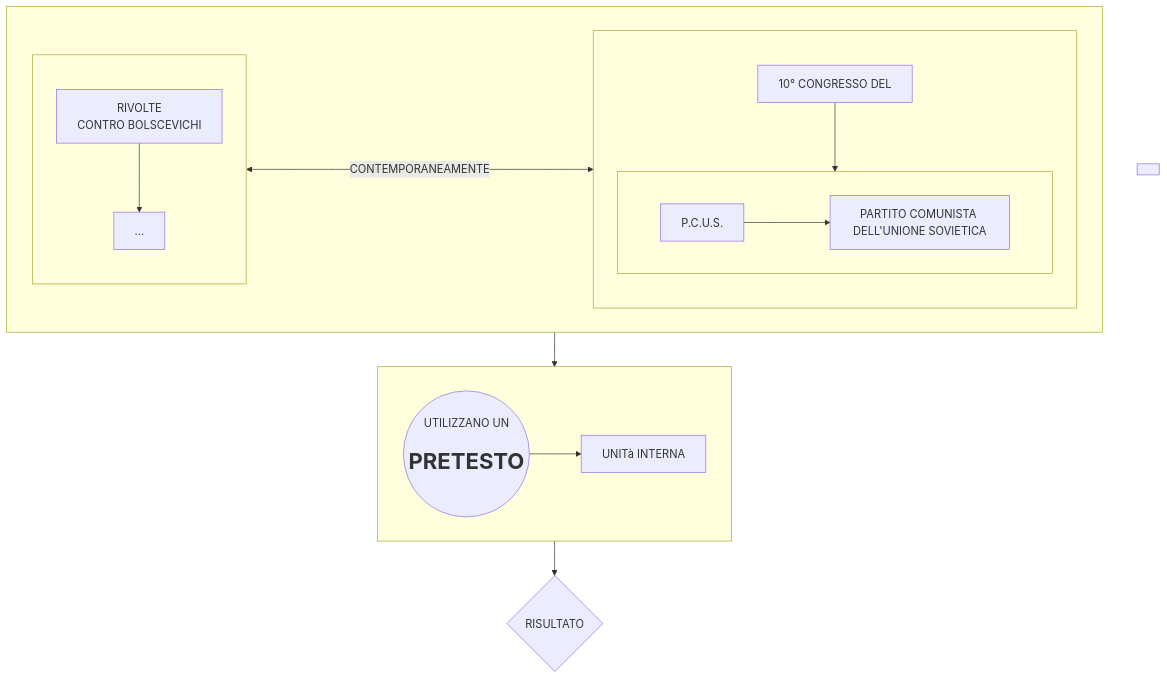
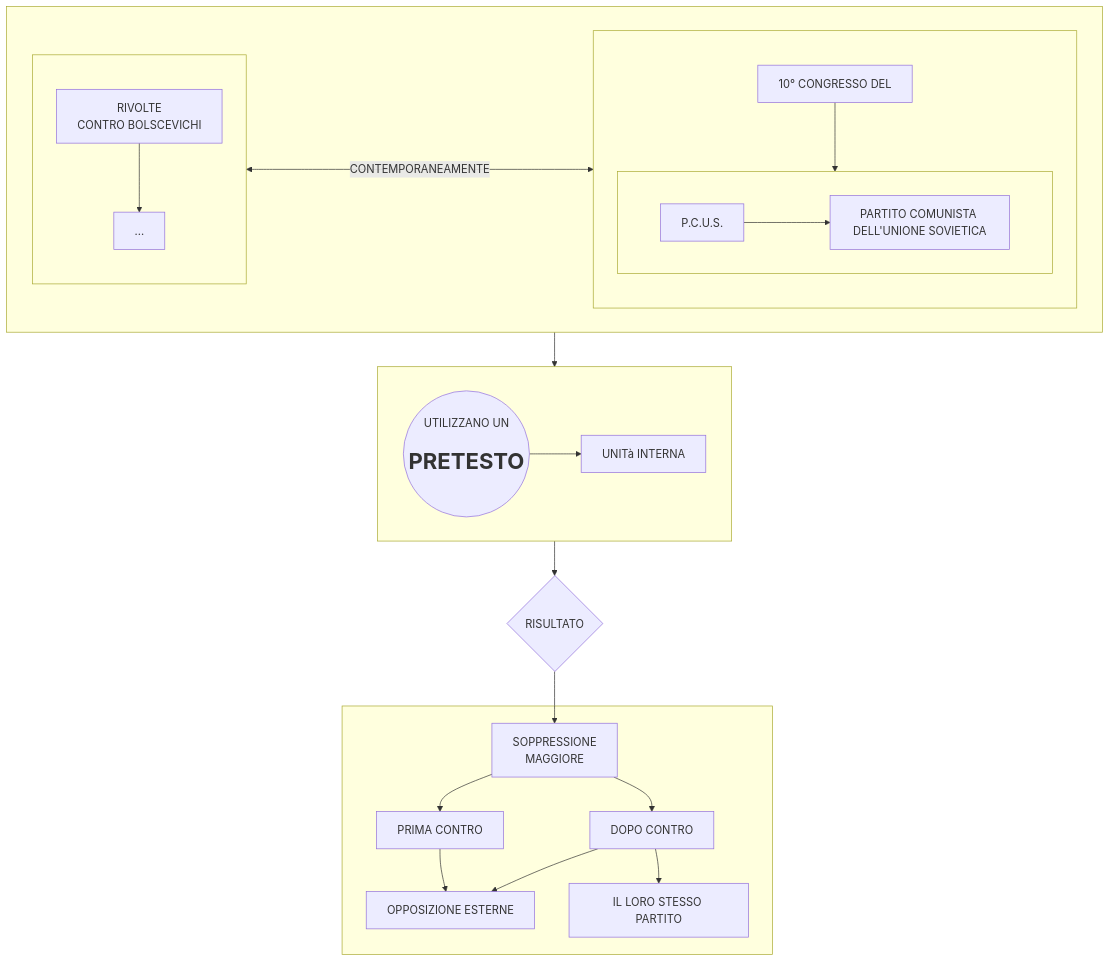
Before and after one commit to Laaouatni/ricerca-storia-MermaidJS: the diagram in prova.md, drawn with Mermaid.

````diff
--- a/prova.md
+++ b/prova.md
@@ -1,33 +1,41 @@
 ```mermaid
 flowchart TB
   subgraph 0[" "]
     subgraph 01[" "]
       010[RIVOLTE <br> CONTRO BOLSCEVICHI]
       011[...]
       010 --> 011
     end
     subgraph 02[" "]
       direction TB
       020[10° CONGRESSO DEL]
       subgraph 023[" "]
         direction LR
         021[P.C.U.S.]
         0210[PARTITO COMUNISTA DELL'UNIONE SOVIETICA]
         021 --> 0210
       end
       020 --> 023
     end
     01 <----->|CONTEMPORANEAMENTE| 02
   end
   subgraph 2[" "]
     1((UTILIZZANO UN <br> <h1>PRETESTO</h1>))
     10[UNITà INTERNA]
   end
   0 --> 2
   1 --> 10
   3{RISULTATO}
   2 --> 3
   subgraph 4[" "]
-    
+    40[SOPPRESSIONE <BR> MAGGIORE]
+    41[PRIMA CONTRO]
+    410[OPPOSIZIONE ESTERNE]
+    42[DOPO CONTRO]
+    420[IL LORO STESSO PARTITO]
+    40 --> 41 & 42
+    41 --> 410
+    42 --> 410 & 420
   end
+  3 --> 40
 ```
````
